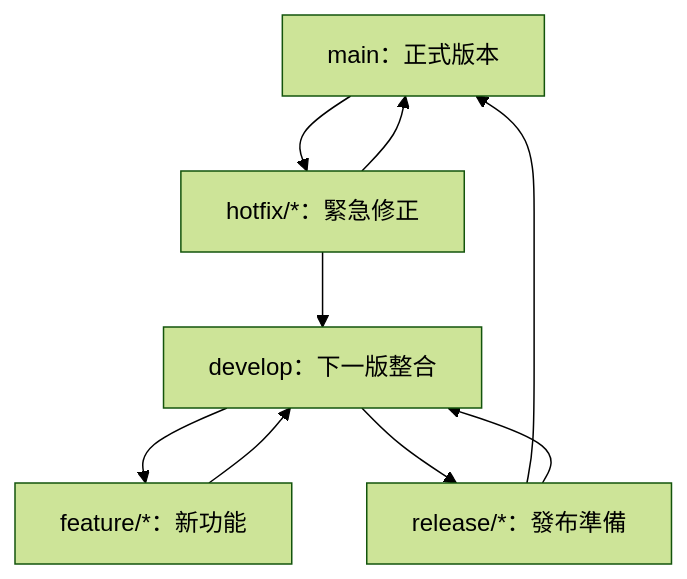
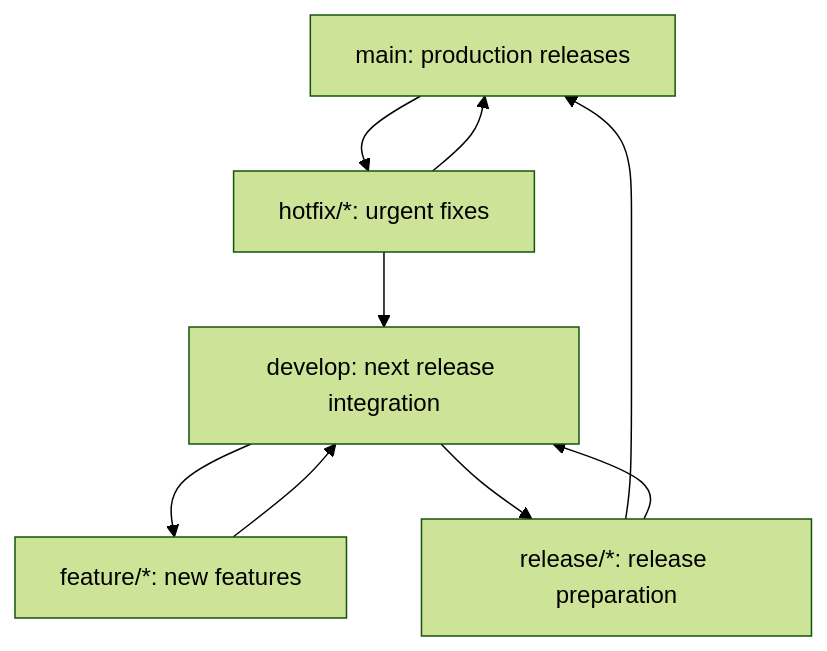
Before and after one commit to uuboyscy/uuboyscy-engineering-logs: the second of 2 diagrams in docs/Git/Git Commands/06_Git_Workflows_and_Collaboration.md, drawn with Mermaid (forest theme). The commit also changed other lines of this file and 16 other files, not shown here.

````diff
--- a/docs/Git/Git Commands/06_Git_Workflows_and_Collaboration.md
+++ b/docs/Git/Git Commands/06_Git_Workflows_and_Collaboration.md
@@ -147,16 +147,16 @@
 ```mermaid
 flowchart TB
-    MAIN["main：正式版本"]
-    DEV["develop：下一版整合"]
-    FEATURE["feature/*：新功能"]
-    RELEASE["release/*：發布準備"]
-    HOTFIX["hotfix/*：緊急修正"]
+    MAIN["main: production releases"]
+    DEV["develop: next release integration"]
+    FEATURE["feature/*: new features"]
+    RELEASE["release/*: release preparation"]
+    HOTFIX["hotfix/*: urgent fixes"]
     DEV --> FEATURE
     FEATURE --> DEV
     DEV --> RELEASE
     RELEASE --> MAIN
     RELEASE --> DEV
     MAIN --> HOTFIX
     HOTFIX --> MAIN
     HOTFIX --> DEV
 ```
````
